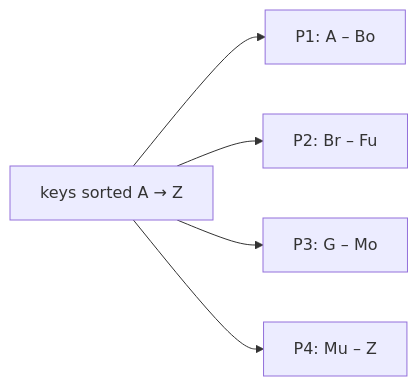
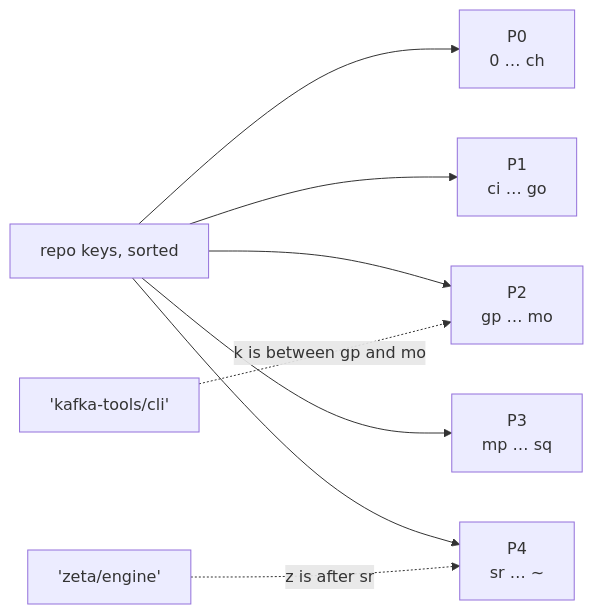
One commit to pratikguru998/ddia-book changed the fifth of 26 diagrams in docs/chapters/part-2/06-partitioning.mdx. Above: the diagram before and after it, drawn with Mermaid. The commit also changed other lines of this file and 13 other files, not shown here.

Commit message:
Expand all 12 chapters: every book subsection, deeper notes, ~320 diagrams

````diff
--- a/docs/chapters/part-2/06-partitioning.mdx
+++ b/docs/chapters/part-2/06-partitioning.mdx
@@ -52,7 +181,10 @@
 ```mermaid
 flowchart LR
-  K["keys sorted A → Z"] --> P1["P1: A – Bo"]
-  K --> P2["P2: Br – Fu"]
-  K --> P3["P3: G – Mo"]
-  K --> P4["P4: Mu – Z"]
+  K["repo keys, sorted"] --> P0["P0<br/>0 … ch"]
+  K --> P1["P1<br/>ci … go"]
+  K --> P2["P2<br/>gp … mo"]
+  K --> P3["P3<br/>mp … sq"]
+  K --> P4["P4<br/>sr … ~"]
+  R1["'kafka-tools/cli'"] -.->|"k is between gp and mo"| P2
+  R2["'zeta/engine'"] -.->|"z is after sr"| P4
 ```
````
